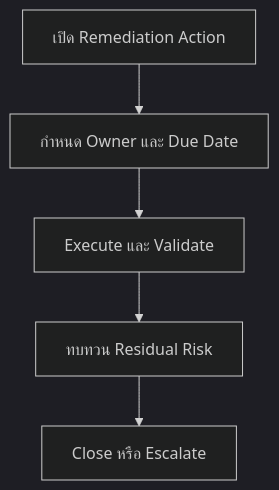
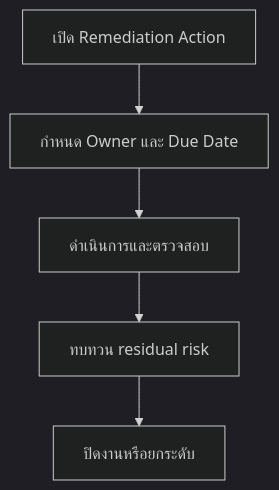
One commit to nutthakorn7/SOC-Standard-Operating-Procedures changed the diagram in 11_Reporting_Templates/Remediation_Ownership_RACI.th.md. Above: the diagram before and after it, drawn with Mermaid (dark theme). The commit also changed other lines of this file and 20 other files, not shown here.

````diff
--- a/11_Reporting_Templates/Remediation_Ownership_RACI.th.md
+++ b/11_Reporting_Templates/Remediation_Ownership_RACI.th.md
@@ -6,7 +6,7 @@
 ```mermaid
 graph TD
     A["เปิด Remediation Action"] --> B["กำหนด Owner และ Due Date"]
-    B --> C["Execute และ Validate"]
-    C --> D["ทบทวน Residual Risk"]
-    D --> E["Close หรือ Escalate"]
+    B --> C["ดำเนินการและตรวจสอบ"]
+    C --> D["ทบทวน residual risk"]
+    D --> E["ปิดงานหรือยกระดับ"]
 ```
````
